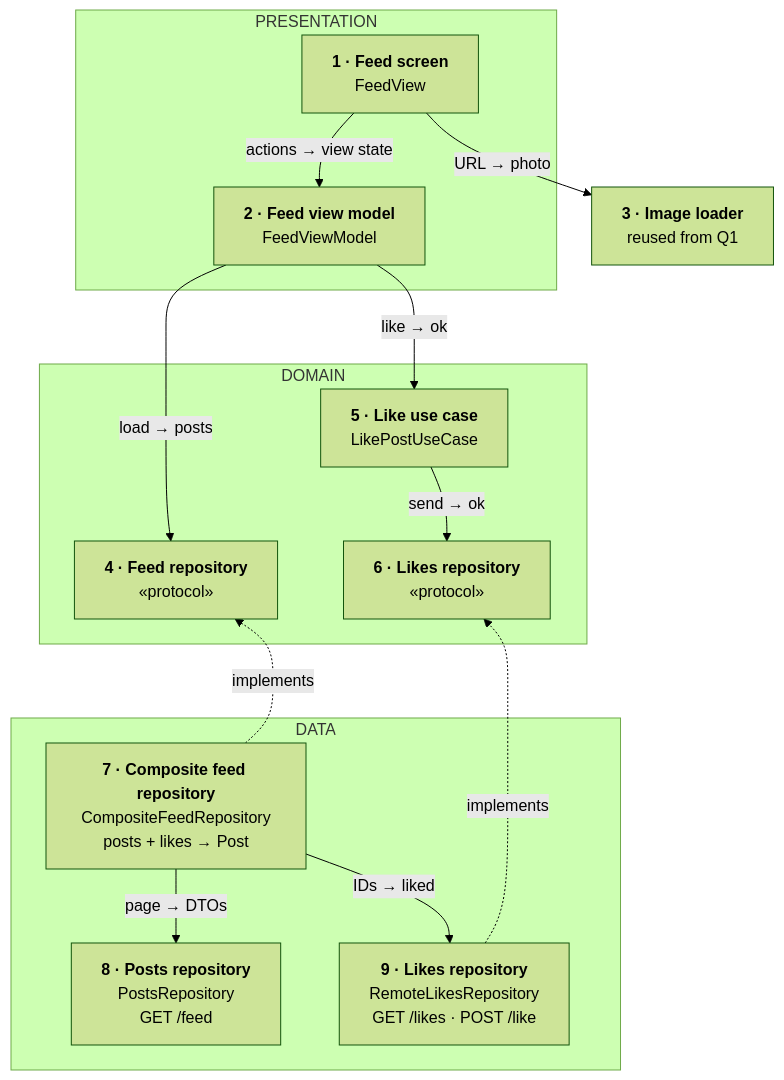
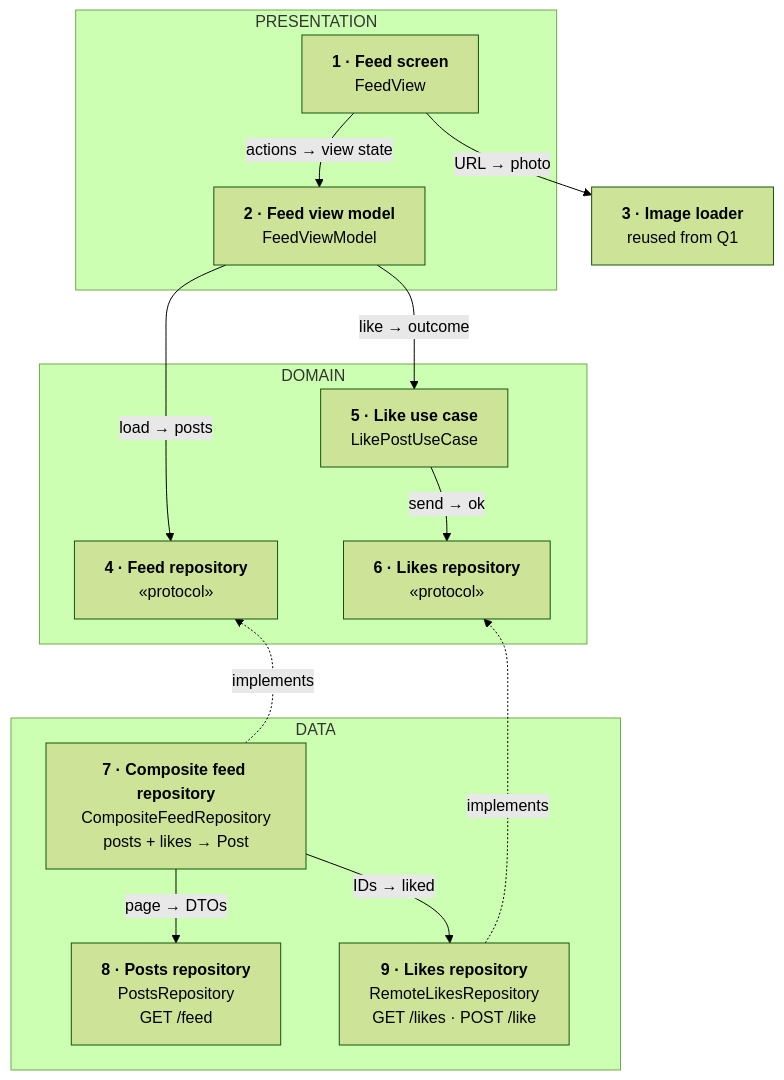
Before and after one commit to rezabina86/reference-desk: the first of 3 diagrams in topics/system-design/02-infinite-photo-feed.md, drawn with Mermaid (forest theme). The commit also changed other lines of this file and 5 other files, not shown here.

````diff
--- a/topics/system-design/02-infinite-photo-feed.md
+++ b/topics/system-design/02-infinite-photo-feed.md
@@ -114,44 +125,44 @@
 ```mermaid
 flowchart TB
   subgraph P["PRESENTATION"]
     View["`**1 · Feed screen**
 FeedView`"] -- "actions → view state" --> VM["`**2 · Feed view model**
 FeedViewModel`"]
   end
   Img["`**3 · Image loader**
 reused from Q1`"]
   subgraph D["DOMAIN"]
     Feed["`**4 · Feed repository**
 «protocol»`"]
     Like["`**5 · Like use case**
 LikePostUseCase`"]
     Likes["`**6 · Likes repository**
 «protocol»`"]
   end
   subgraph DA["DATA"]
     Comp["`**7 · Composite feed repository**
 CompositeFeedRepository
 posts + likes → Post`"]
     Posts["`**8 · Posts repository**
 PostsRepository
 GET /feed`"]
     LikesImpl["`**9 · Likes repository**
 RemoteLikesRepository
 GET /likes · POST /like`"]
   end
   View -- "URL → photo" --> Img
-  VM -- "like → ok" --> Like
+  VM -- "like → outcome" --> Like
   Like -- "send → ok" --> Likes
   Likes ~~~ LikesImpl
   LikesImpl -. "implements" .-> Likes
   VM -- "load → posts" --> Feed
   Like ~~~ Feed
   Feed ~~~ Comp
   Comp -. "implements" .-> Feed
   Comp -- "page → DTOs" --> Posts
   Comp -- "IDs → liked" --> LikesImpl
   class View,VM pres
   class Feed,Like,Likes dom
   class Comp,Posts,LikesImpl data
   class Img reuse
 ```
````
